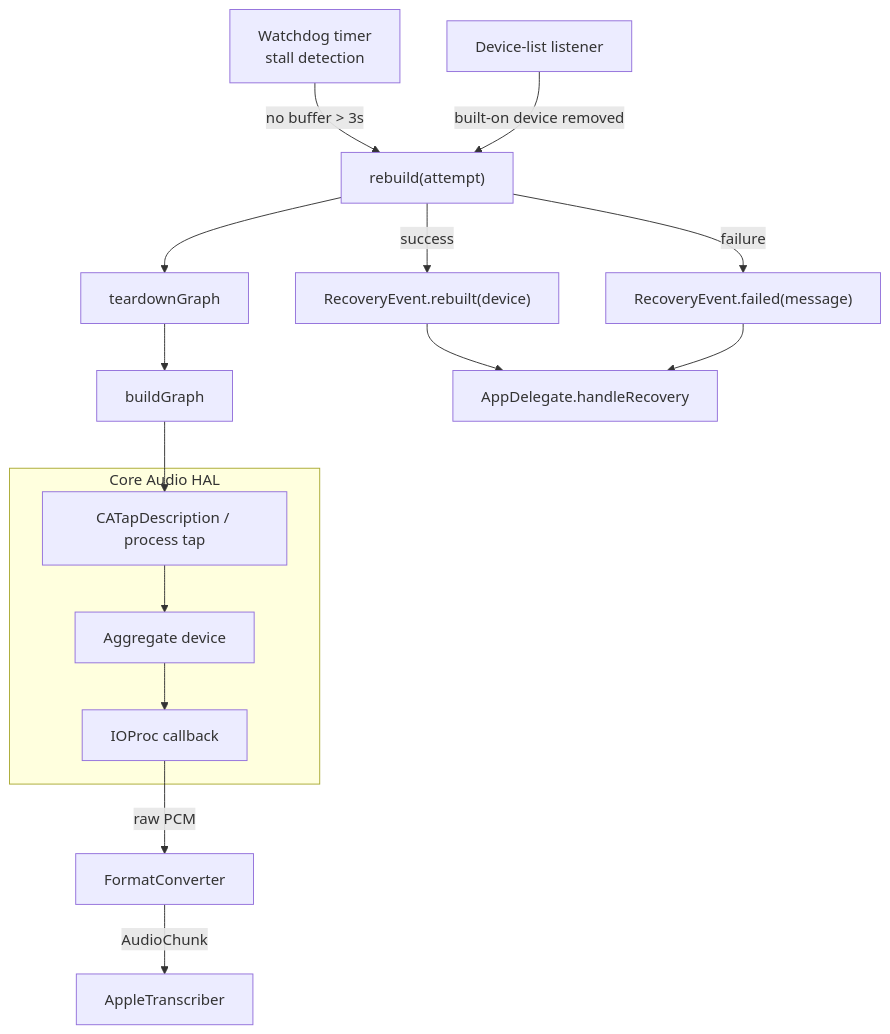
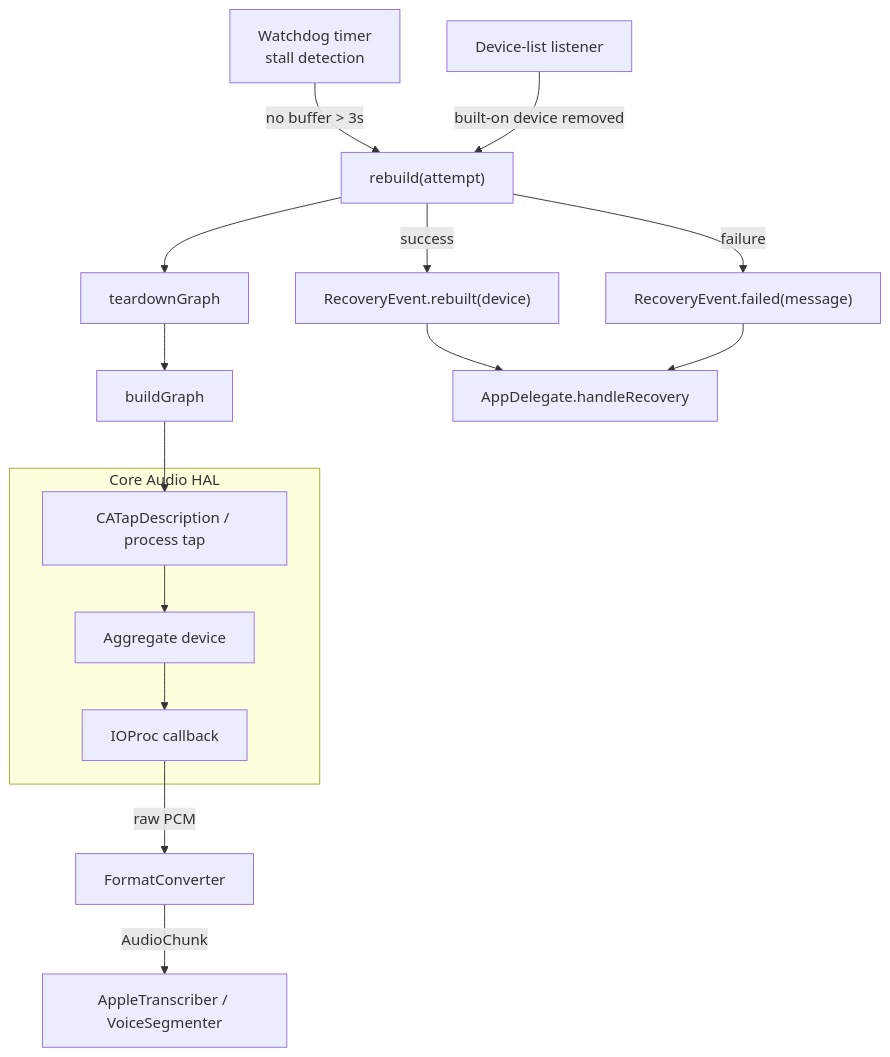
The seventh of 9 diagrams in docs/architecture.md (dautroc/tsuyaku), drawn with Mermaid before and after one commit. The commit also changed other lines of this file, not shown here.

Commit message:
Update the latest architecture

````diff
--- a/docs/architecture.md
+++ b/docs/architecture.md
@@ -376,25 +512,25 @@
 ```mermaid
 flowchart TB
     subgraph CoreAudio["Core Audio HAL"]
         Tap["CATapDescription / process tap"]
         Aggregate["Aggregate device"]
         IOProc["IOProc callback"]
     end
 
     Tap --> Aggregate --> IOProc
     IOProc -->|raw PCM| Converter["FormatConverter"]
-    Converter -->|AudioChunk| Downstream["AppleTranscriber"]
+    Converter -->|AudioChunk| Downstream["AppleTranscriber / VoiceSegmenter"]
 
     Watchdog["Watchdog timer<br/>stall detection"] -->|no buffer > 3s| Rebuild
     DeviceListener["Device-list listener"] -->|built-on device removed| Rebuild
 
     Rebuild["rebuild(attempt)"] --> Teardown["teardownGraph"]
     Teardown --> Build["buildGraph"]
     Build --> Tap
 
     Rebuild -->|success| RecoveryEvent["RecoveryEvent.rebuilt(device)"]
     Rebuild -->|failure| Failure["RecoveryEvent.failed(message)"]
 
     RecoveryEvent --> AppDelegate["AppDelegate.handleRecovery"]
     Failure --> AppDelegate
 ```
````
